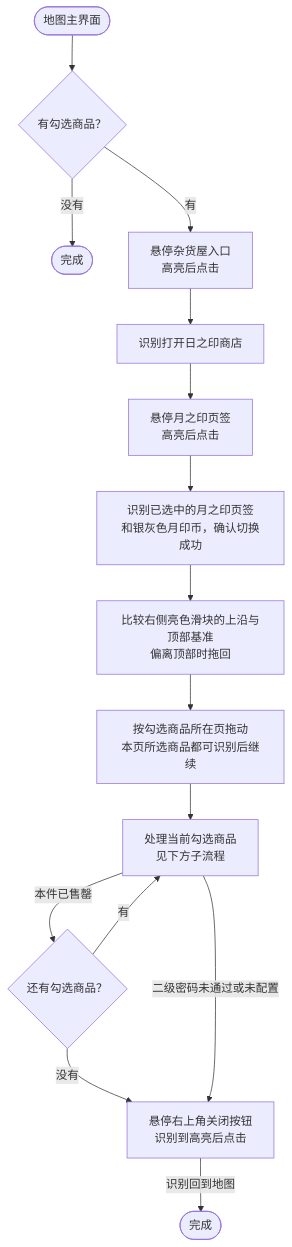
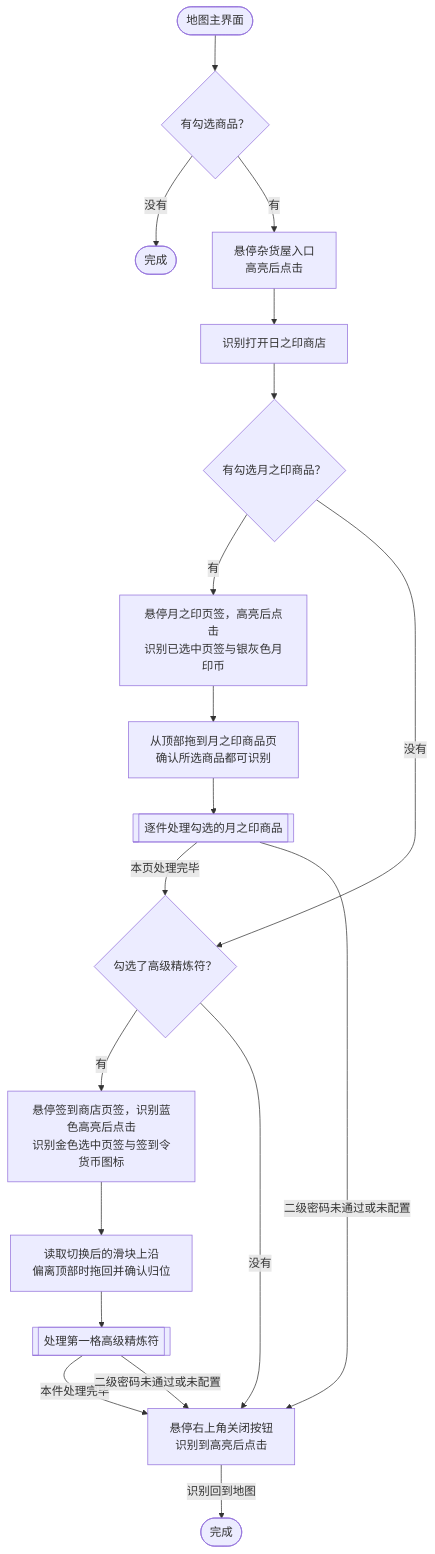
The first of 2 diagrams in docs/zh_cn/流程图/杂货铺.md (ArcherSore/MaaNOP), drawn with Mermaid before and after one commit. The commit also changed 7 other files, not shown here.

````diff
--- a/docs/zh_cn/流程图/杂货铺.md
+++ b/docs/zh_cn/流程图/杂货铺.md
@@ -7,17 +7,21 @@
 ```mermaid
 flowchart TD
     Start([地图主界面]) --> Selected{"有勾选商品？"}
     Selected -->|没有| Empty([完成])
     Selected -->|有| Open["悬停杂货屋入口<br/>高亮后点击"]
     Open --> Day["识别打开日之印商店"]
-    Day --> Tab["悬停月之印页签<br/>高亮后点击"]
-    Tab --> Ready["识别已选中的月之印页签<br/>和银灰色月印币，确认切换成功"]
-    Ready --> Top["比较右侧亮色滑块的上沿与顶部基准<br/>偏离顶部时拖回"]
-    Top --> Page["按勾选商品所在页拖动<br/>本页所选商品都可识别后继续"]
-    Page --> Buy["处理当前勾选商品<br/>见下方子流程"]
-    Buy -->|本件已售罄| More{"还有勾选商品？"}
-    More -->|有| Buy
-    More -->|没有| Close["悬停右上角关闭按钮<br/>识别到高亮后点击"]
-    Buy -->|二级密码未通过或未配置| Close
+    Day --> Moon{"有勾选月之印商品？"}
+    Moon -->|有| MoonTab["悬停月之印页签，高亮后点击<br/>识别已选中页签与银灰色月印币"]
+    MoonTab --> MoonPage["从顶部拖到月之印商品页<br/>确认所选商品都可识别"]
+    MoonPage --> MoonBuy[["逐件处理勾选的月之印商品"]]
+    MoonBuy -->|本页处理完毕| SignIn
+    Moon -->|没有| SignIn{"勾选了高级精炼符？"}
+    SignIn -->|有| SignTab["悬停签到商店页签，识别蓝色高亮后点击<br/>识别金色选中页签与签到令货币图标"]
+    SignTab --> SignTop["读取切换后的滑块上沿<br/>偏离顶部时拖回并确认归位"]
+    SignTop --> SignBuy[["处理第一格高级精炼符"]]
+    SignBuy -->|本件处理完毕| Close
+    SignIn -->|没有| Close["悬停右上角关闭按钮<br/>识别到高亮后点击"]
+    MoonBuy -->|二级密码未通过或未配置| Close
+    SignBuy -->|二级密码未通过或未配置| Close
     Close -->|识别回到地图| Done([完成])
 ```
````
